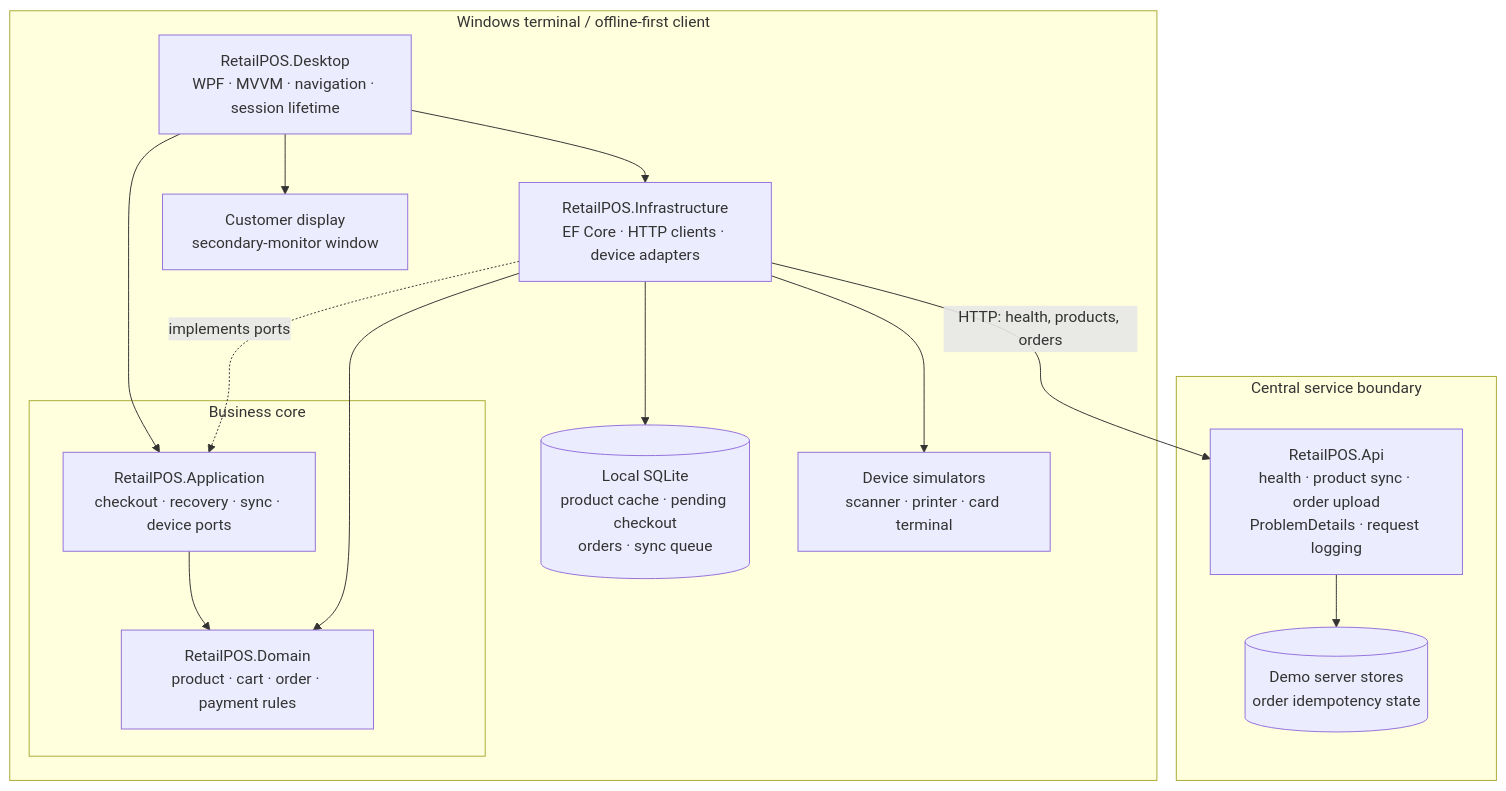
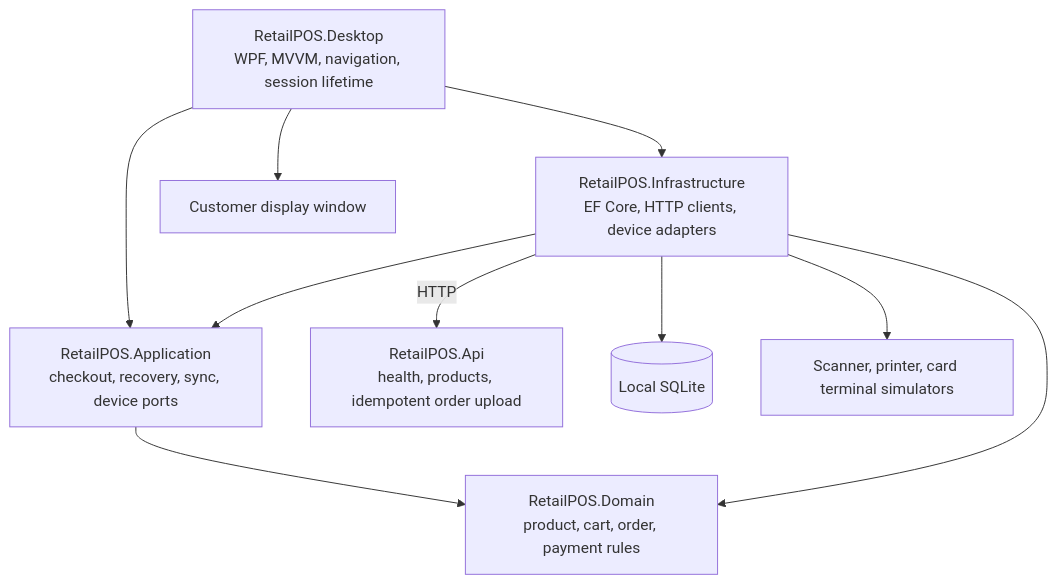
One commit to higwon/retail-pos-desktop changed the first of 2 diagrams in README.md. Above: the diagram before and after it, drawn with Mermaid. The commit also changed other lines of this file and 15 other files, not shown here.

````diff
--- a/README.md
+++ b/README.md
@@ -54,33 +115,21 @@
 ```mermaid
 flowchart TB
-    subgraph Client["Windows terminal / offline-first client"]
-        Desktop["RetailPOS.Desktop<br/>WPF · MVVM · navigation · session lifetime"]
+    Desktop["RetailPOS.Desktop<br/>WPF, MVVM, navigation, session lifetime"]
+    Application["RetailPOS.Application<br/>checkout, recovery, sync, device ports"]
+    Domain["RetailPOS.Domain<br/>product, cart, order, payment rules"]
+    Infrastructure["RetailPOS.Infrastructure<br/>EF Core, HTTP clients, device adapters"]
+    Api["RetailPOS.Api<br/>health, products, idempotent order upload"]
+    SQLite[("Local SQLite")]
+    Devices["Scanner, printer, card terminal simulators"]
+    Display["Customer display window"]
 
-        subgraph Core["Business core"]
-            Application["RetailPOS.Application<br/>checkout · recovery · sync · device ports"]
-            Domain["RetailPOS.Domain<br/>product · cart · order · payment rules"]
-            Application --> Domain
-        end
-
-        Infrastructure["RetailPOS.Infrastructure<br/>EF Core · HTTP clients · device adapters"]
-        SQLite[("Local SQLite<br/>product cache · pending checkout<br/>orders · sync queue")]
-        Devices["Device simulators<br/>scanner · printer · card terminal"]
-        Display["Customer display<br/>secondary-monitor window"]
-
-        Desktop --> Application
-        Desktop --> Infrastructure
-        Infrastructure --> Domain
-        Infrastructure -.->|"implements ports"| Application
-        Infrastructure --> SQLite
-        Infrastructure --> Devices
-        Desktop --> Display
-    end
-
-    subgraph Server["Central service boundary"]
-        Api["RetailPOS.Api<br/>health · product sync · order upload<br/>ProblemDetails · request logging"]
-        ApiStore[("Demo server stores<br/>order idempotency state")]
-        Api --> ApiStore
-    end
-
-    Infrastructure -->|"HTTP: health, products, orders"| Api
+    Desktop --> Application
+    Desktop --> Infrastructure
+    Application --> Domain
+    Infrastructure --> Application
+    Infrastructure --> Domain
+    Infrastructure --> SQLite
+    Infrastructure --> Devices
+    Desktop --> Display
+    Infrastructure -->|HTTP| Api
 ```
````
